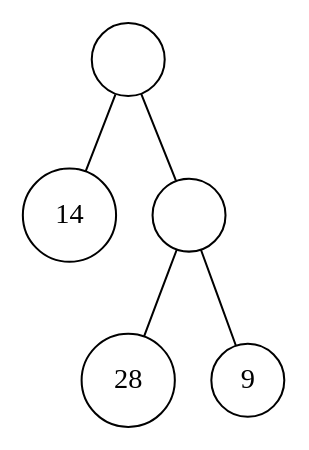
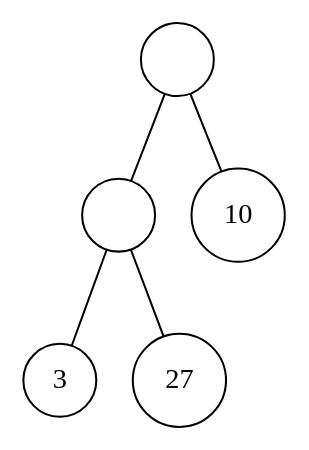
Before and after one commit to sswaccount/BinTree: the diagram in BinTree/data/data_4/data_4.dot, drawn with Graphviz. The commit also changed 68 other files, not shown here.

```diff
--- a/BinTree/data/data_4/data_4.dot
+++ b/BinTree/data/data_4/data_4.dot
@@ -1,12 +1,12 @@
 graph g {
 graph[ordering="out"];
 1[label="", shape=circle, width=0.5];
 1--2;
 1--3;
-2[label="14",shape=circle, width=0.5];
-3[label="", shape=circle, width=0.5];
-3--6;
-3--7;
-6[label="28",shape=circle, width=0.5];
-7[label="9",shape=circle, width=0.5];
+2[label="", shape=circle, width=0.5];
+2--4;
+2--5;
+4[label="3",shape=circle, width=0.5];
+5[label="27",shape=circle, width=0.5];
+3[label="10",shape=circle, width=0.5];
 }
```
